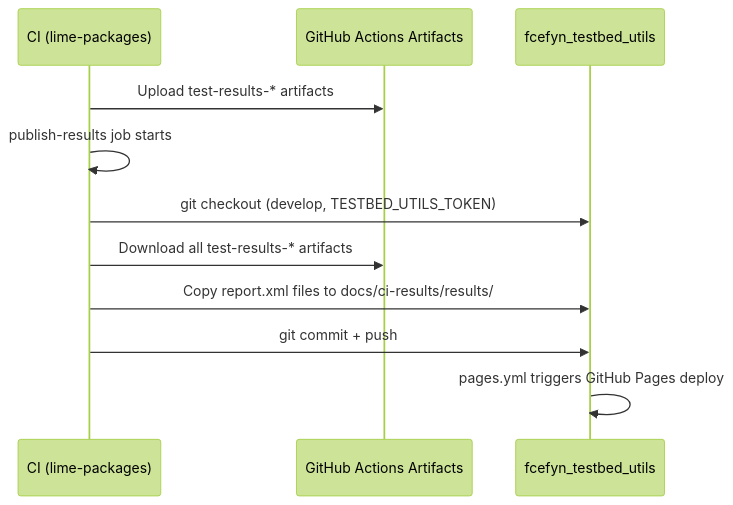
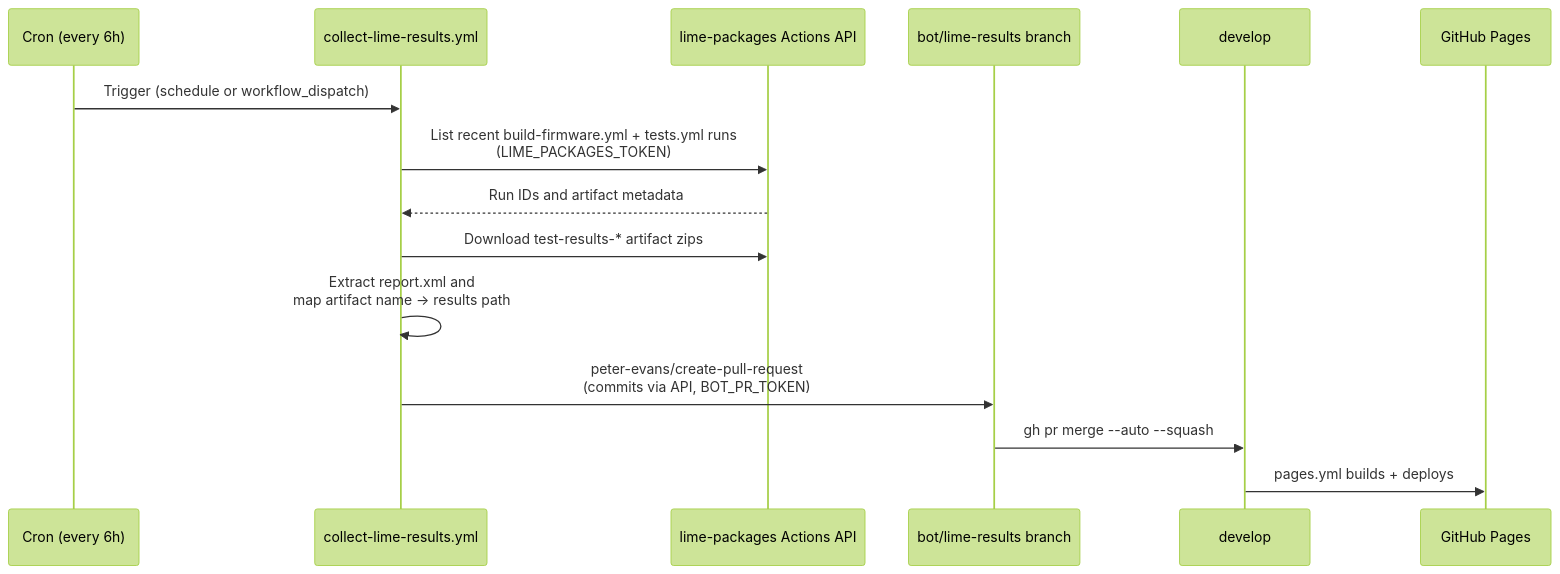
Before and after one commit to ccasanueva7/pi-hil-testing-utils: the diagram in docs/ci-results/publishing.md, drawn with Mermaid (forest theme). The commit also changed other lines of this file, not shown here.

First line of the commit message:
docs(ci-results): rewrite publishing.md for pull-based flow

````diff
--- a/docs/ci-results/publishing.md
+++ b/docs/ci-results/publishing.md
@@ -9,14 +9,18 @@
 ```mermaid
 sequenceDiagram
-    participant CI as CI (lime-packages)
-    participant GHA as GitHub Actions Artifacts
-    participant Utils as fcefyn_testbed_utils
+    participant Cron as Cron (every 6h)
+    participant Workflow as collect-lime-results.yml
+    participant LimeAPI as lime-packages Actions API
+    participant Bot as bot/lime-results branch
+    participant Develop as develop
+    participant Pages as GitHub Pages
 
-    CI->>GHA: Upload test-results-* artifacts
-    CI->>CI: publish-results job starts
-    CI->>Utils: git checkout (develop, TESTBED_UTILS_TOKEN)
-    CI->>GHA: Download all test-results-* artifacts
-    CI->>Utils: Copy report.xml files to docs/ci-results/results/
-    CI->>Utils: git commit + push
-    Utils->>Utils: pages.yml triggers GitHub Pages deploy
+    Cron->>Workflow: Trigger (schedule or workflow_dispatch)
+    Workflow->>LimeAPI: List recent build-firmware.yml + tests.yml runs<br/>(LIME_PACKAGES_TOKEN)
+    LimeAPI-->>Workflow: Run IDs and artifact metadata
+    Workflow->>LimeAPI: Download test-results-* artifact zips
+    Workflow->>Workflow: Extract report.xml and<br/>map artifact name → results path
+    Workflow->>Bot: peter-evans/create-pull-request<br/>(commits via API, BOT_PR_TOKEN)
+    Bot->>Develop: gh pr merge --auto --squash
+    Develop->>Pages: pages.yml builds + deploys
 ```
````
